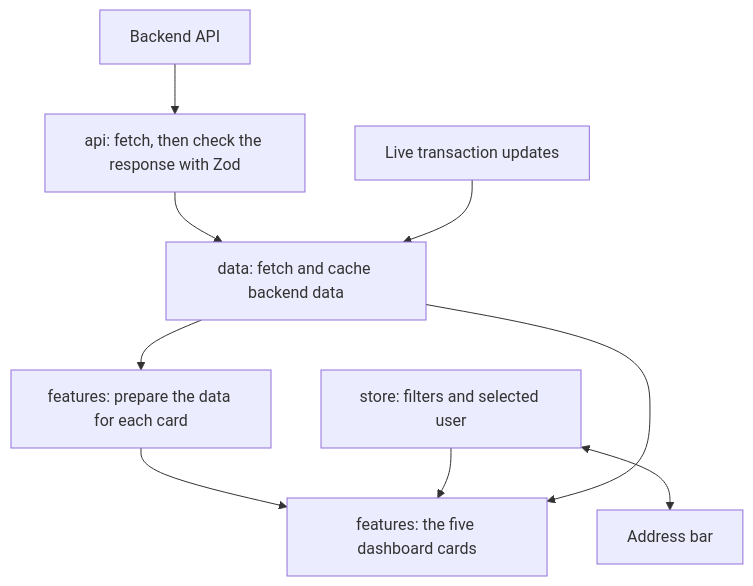
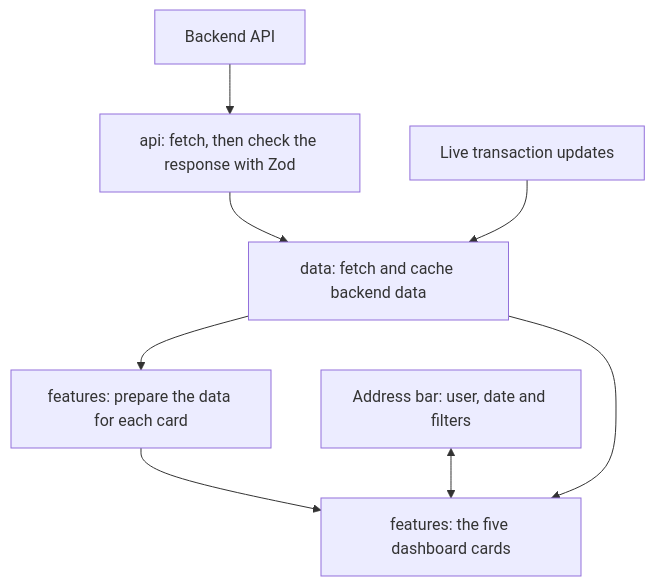
Before and after one commit to MichaelAmoabengVaulitions/reliability-index-explorer: the diagram in README.md, drawn with Mermaid. The commit also changed other lines of this file and 37 other files, not shown here.

First line of the commit message:
Move the selected user and filters into the URL

````diff
--- a/README.md
+++ b/README.md
@@ -111,20 +109,18 @@
 ```mermaid
 flowchart TD
   Backend[Backend API]
   Client[api: fetch, then check the response with Zod]
   Hooks[data: fetch and cache backend data]
   Shapers[features: prepare the data for each card]
   Features[features: the five dashboard cards]
-  Stores[store: filters and selected user]
-  URL[Address bar]
+  URL[Address bar: user, date and filters]
   Live[Live transaction updates]
 
   Backend --> Client
   Client --> Hooks
   Hooks --> Shapers
   Shapers --> Features
-  Stores --> Features
-  Stores <--> URL
+  URL <--> Features
   Live --> Hooks
   Hooks --> Features
 ```
````
